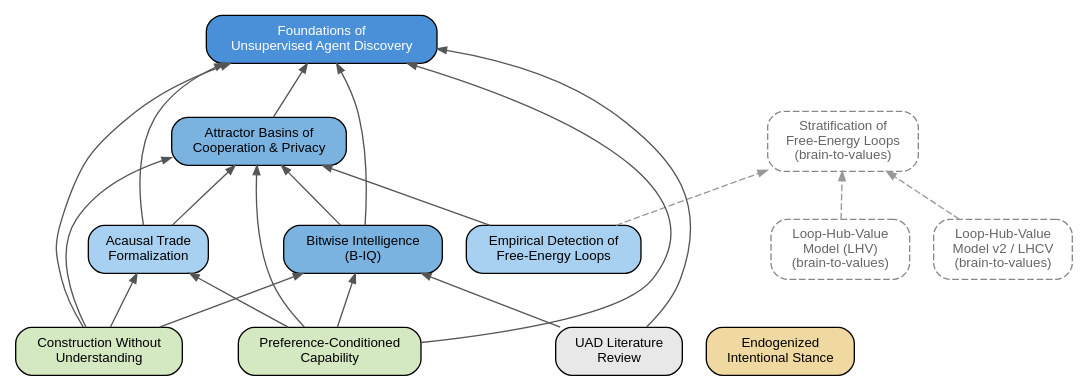
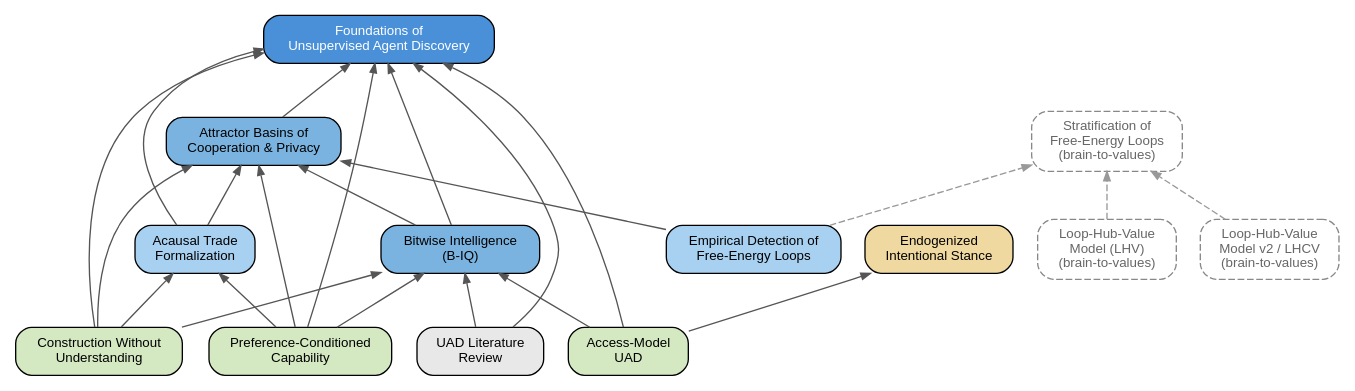
The diagram in docs/papers/paper-dependencies.dot (GunnarZarncke/agency-detect), drawn with Graphviz before and after one commit. The commit also changed 73 other files, not shown here.

First line of the commit message:
Document access-model UAD and handle benchmarks

```diff
--- a/docs/papers/paper-dependencies.dot
+++ b/docs/papers/paper-dependencies.dot
@@ -1,55 +1,60 @@
 digraph paper_dependencies {
     rankdir=BT;
     fontname="Helvetica";
     node [shape=box, style="rounded,filled", fontname="Helvetica", fontsize=10, margin="0.15,0.08"];
     edge [color="#555555", arrowsize=0.7];
 
     // Foundation papers
     UAD  [label="Foundations of\nUnsupervised Agent Discovery", fillcolor="#4A90D9", fontcolor="white"];
 
     // Second-tier papers (build directly on foundations)
     ABC  [label="Attractor Basins of\nCooperation & Privacy", fillcolor="#7BB3E0"];
     BIQ  [label="Bitwise Intelligence\n(B-IQ)", fillcolor="#7BB3E0"];
 
     // Third-tier papers
     ACT  [label="Acausal Trade\nFormalization", fillcolor="#A8D0F0"];
     APP  [label="Empirical Detection of\nFree-Energy Loops", fillcolor="#A8D0F0"];
 
     // Extension / integrative papers
+    ACC  [label="Access-Model\nUAD", fillcolor="#D4E8C2"];
     PCC  [label="Preference-Conditioned\nCapability", fillcolor="#D4E8C2"];
     CWU  [label="Construction Without\nUnderstanding", fillcolor="#D4E8C2"];
     LIT  [label="UAD Literature\nReview", fillcolor="#E8E8E8"];
     EIS  [label="Endogenized\nIntentional Stance", fillcolor="#F0D9A0"];
 
     // Papers in brain-to-values repo (dashed border)
     FEL  [label="Stratification of\nFree-Energy Loops\n(brain-to-values)", fillcolor="white", style="rounded,dashed", color="#888888", fontcolor="#666666"];
     LHV  [label="Loop-Hub-Value\nModel (LHV)\n(brain-to-values)", fillcolor="white", style="rounded,dashed", color="#888888", fontcolor="#666666"];
     LHV2 [label="Loop-Hub-Value\nModel v2 / LHCV\n(brain-to-values)", fillcolor="white", style="rounded,dashed", color="#888888", fontcolor="#666666"];
 
     // Edges: citing paper → cited paper
     ABC -> UAD;
     BIQ -> UAD;
     BIQ -> ABC;
 
     ACT -> UAD;
     ACT -> ABC;
 
     APP -> FEL [style=dashed, color="#999999"];
     APP -> ABC;
 
     LHV  -> FEL [style=dashed, color="#999999"];
     LHV2 -> FEL [style=dashed, color="#999999"];
 
     LIT -> UAD;
     LIT -> BIQ;
 
     PCC -> UAD;
     PCC -> BIQ;
     PCC -> ABC;
     PCC -> ACT;
 
     CWU -> UAD;
     CWU -> BIQ;
     CWU -> ABC;
     CWU -> ACT;
+
+    ACC -> UAD;
+    ACC -> EIS;
+    ACC -> BIQ;
 }
```
